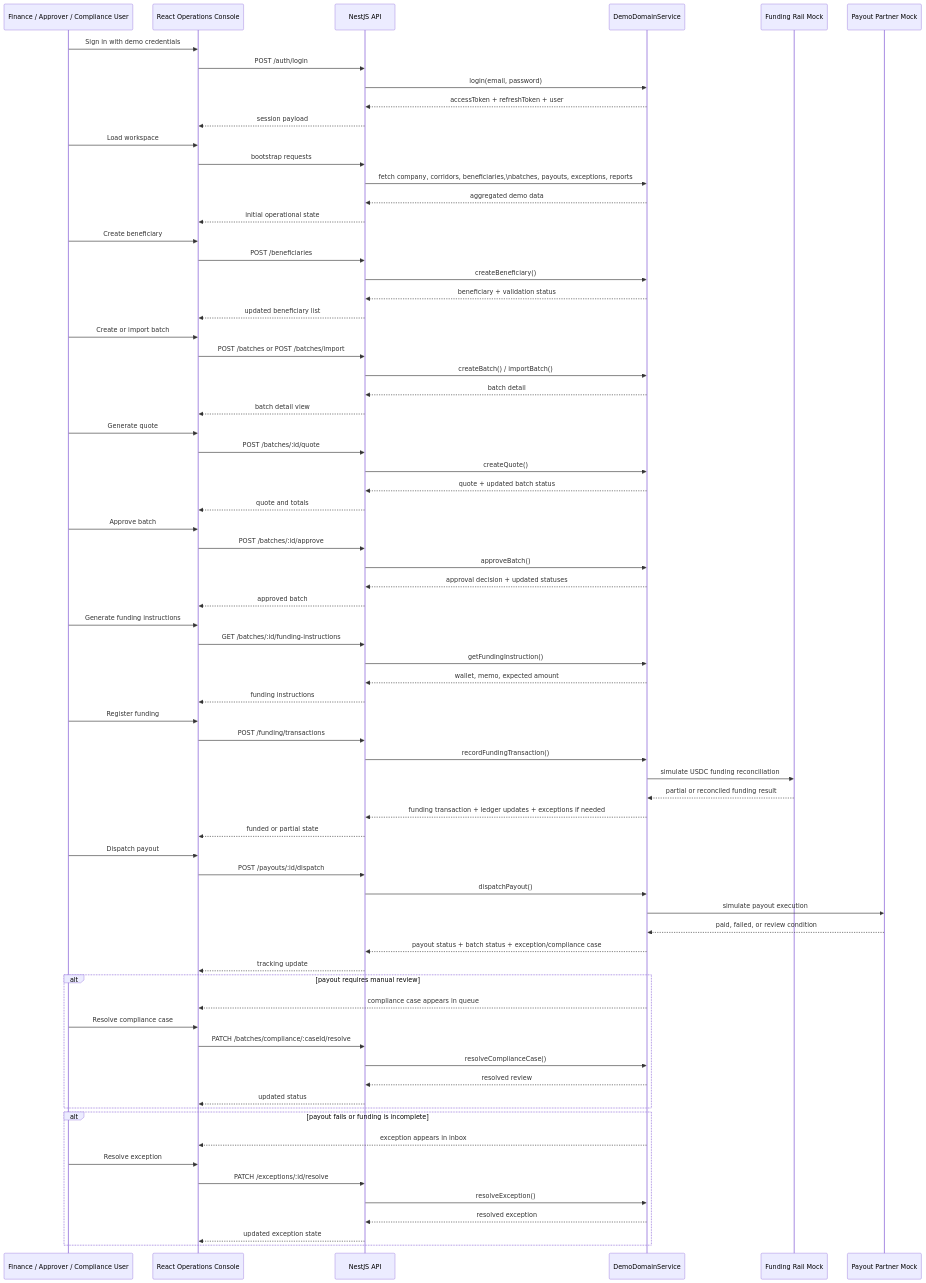
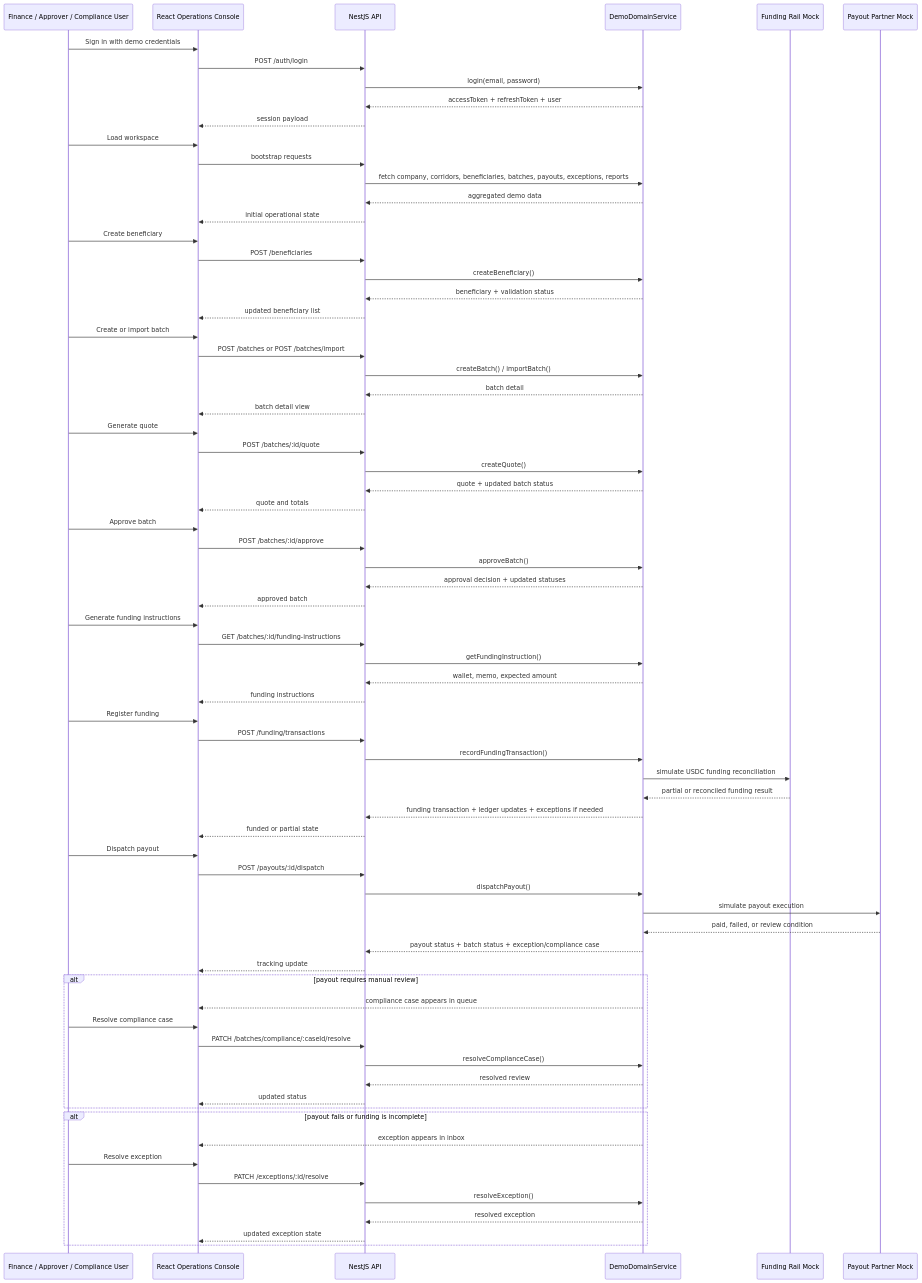
One commit to rofergon/Sinergy changed the second of 4 diagrams in Docs/end-to-end-architecture-diagram.md. Above: the diagram before and after it, drawn with Mermaid. The commit also changed other lines of this file, not shown here.

Commit message:
fix: Improve formatting in end-to-end architecture diagram for clarity

```diff
--- a/Docs/end-to-end-architecture-diagram.md
+++ b/Docs/end-to-end-architecture-diagram.md
@@ -89,7 +91,7 @@
 
     User->>Web: Load workspace
     Web->>Api: bootstrap requests
-    Api->>Domain: fetch company, corridors, beneficiaries,\nbatches, payouts, exceptions, reports
+    Api->>Domain: fetch company, corridors, beneficiaries, batches, payouts, exceptions, reports
     Domain-->>Api: aggregated demo data
     Api-->>Web: initial operational state
 
```
